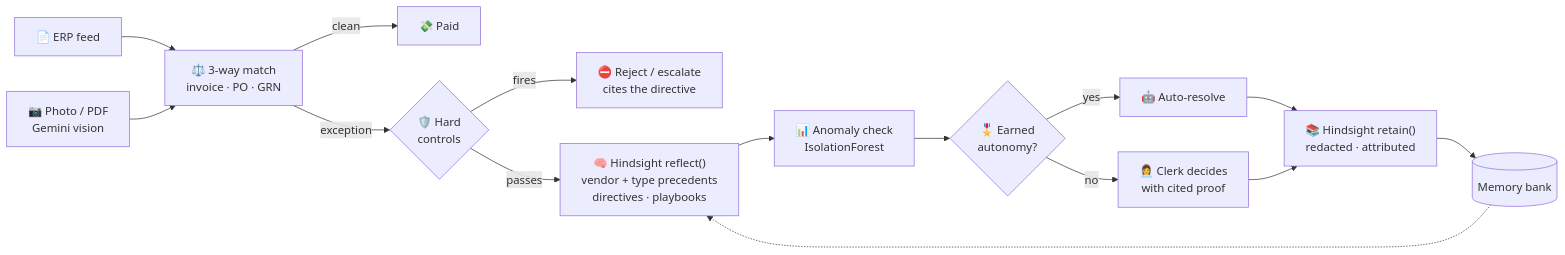
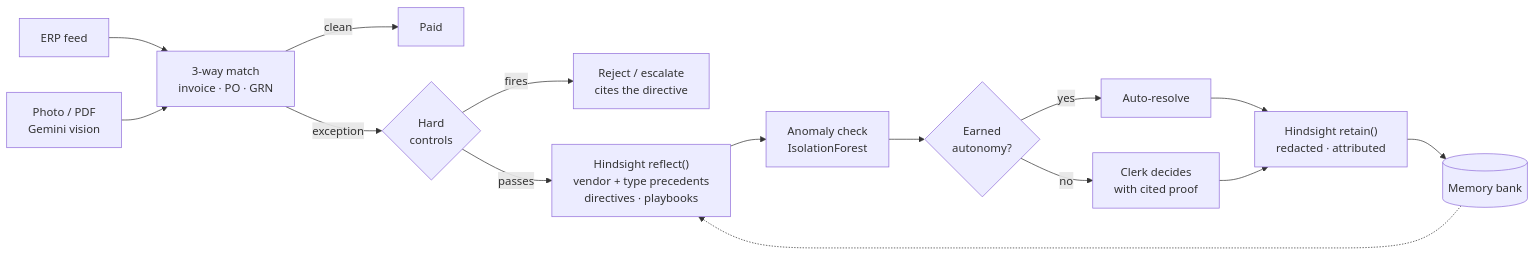
One commit to Eldorado5002/Claude_Coders4 changed the second of 3 diagrams in README.md. Above: the diagram before and after it, drawn with Mermaid. The commit also changed other lines of this file, not shown here.

````diff
--- a/README.md
+++ b/README.md
@@ -157,17 +169,17 @@
 ```mermaid
 flowchart LR
-    ERP["📄 ERP feed"] --> MATCH
-    CAM["📷 Photo / PDF<br/>Gemini vision"] --> MATCH
-    MATCH["⚖️ 3-way match<br/>invoice · PO · GRN"] -->|clean| PAID["💸 Paid"]
-    MATCH -->|exception| HC{"🛡️ Hard<br/>controls"}
-    HC -->|fires| FORCE["⛔ Reject / escalate<br/>cites the directive"]
-    HC -->|passes| REF["🧠 Hindsight reflect()<br/>vendor + type precedents<br/>directives · playbooks"]
-    REF --> ML["📊 Anomaly check<br/>IsolationForest"]
-    ML --> AUTO{"🎖️ Earned<br/>autonomy?"}
-    AUTO -->|yes| AR["🤖 Auto-resolve"]
-    AUTO -->|no| HUMAN["👩‍💼 Clerk decides<br/>with cited proof"]
-    AR --> RET["📚 Hindsight retain()<br/>redacted · attributed"]
+    ERP["ERP feed"] --> MATCH
+    CAM["Photo / PDF<br/>Gemini vision"] --> MATCH
+    MATCH["3-way match<br/>invoice · PO · GRN"] -->|clean| PAID["Paid"]
+    MATCH -->|exception| HC{"Hard<br/>controls"}
+    HC -->|fires| FORCE["Reject / escalate<br/>cites the directive"]
+    HC -->|passes| REF["Hindsight reflect()<br/>vendor + type precedents<br/>directives · playbooks"]
+    REF --> ML["Anomaly check<br/>IsolationForest"]
+    ML --> AUTO{"Earned<br/>autonomy?"}
+    AUTO -->|yes| AR["Auto-resolve"]
+    AUTO -->|no| HUMAN["Clerk decides<br/>with cited proof"]
+    AR --> RET["Hindsight retain()<br/>redacted · attributed"]
     HUMAN --> RET
     RET --> BANK[("Memory bank")]
     BANK -.-> REF
 ```
````
